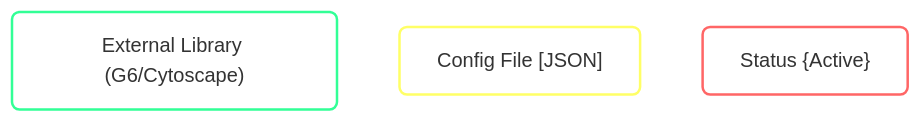
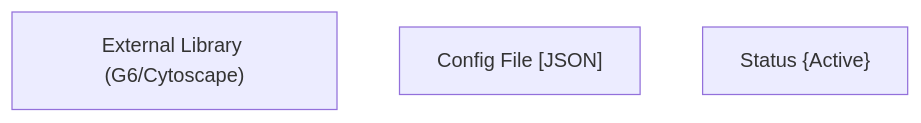
The first of 9 diagrams in requirements-analyst/steering/helper-diagram-standards.md (catface996/powers), drawn with Mermaid before and after one commit. The commit also changed other lines of this file, not shown here.

First line of the commit message:
revert(requirements-analyst): remove custom color rules from diagram standards

````diff
--- a/requirements-analyst/steering/helper-diagram-standards.md
+++ b/requirements-analyst/steering/helper-diagram-standards.md
@@ -75,11 +75,6 @@
 ```mermaid
-%%{init: {'theme': 'base', 'themeVariables': { 'background': '#000066' }}}%%
 graph TD
     A["External Library (G6/Cytoscape)"]
     B["Config File [JSON]"]
     C["Status {Active}"]
-
-    style A fill:none,stroke:#32FF96,stroke-width:2px,rx:6
-    style B fill:none,stroke:#FFFF66,stroke-width:2px,rx:6
-    style C fill:none,stroke:#FF6666,stroke-width:2px,rx:6
 ```
````
